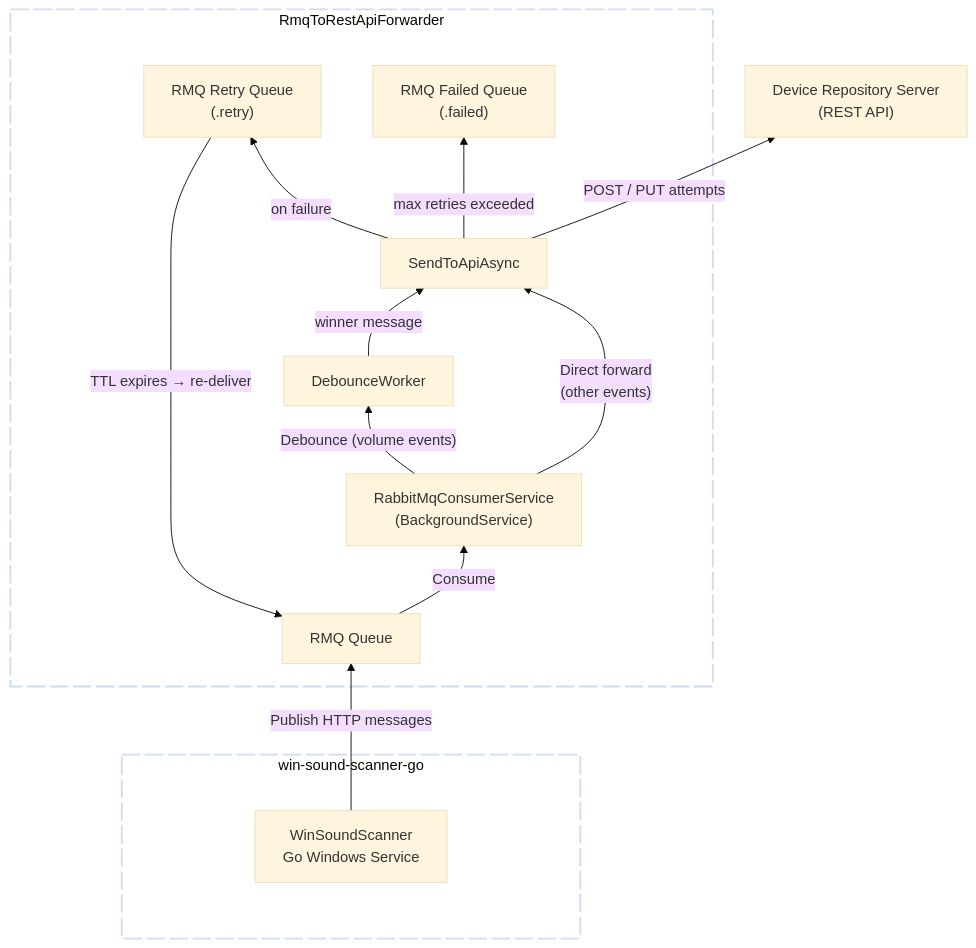
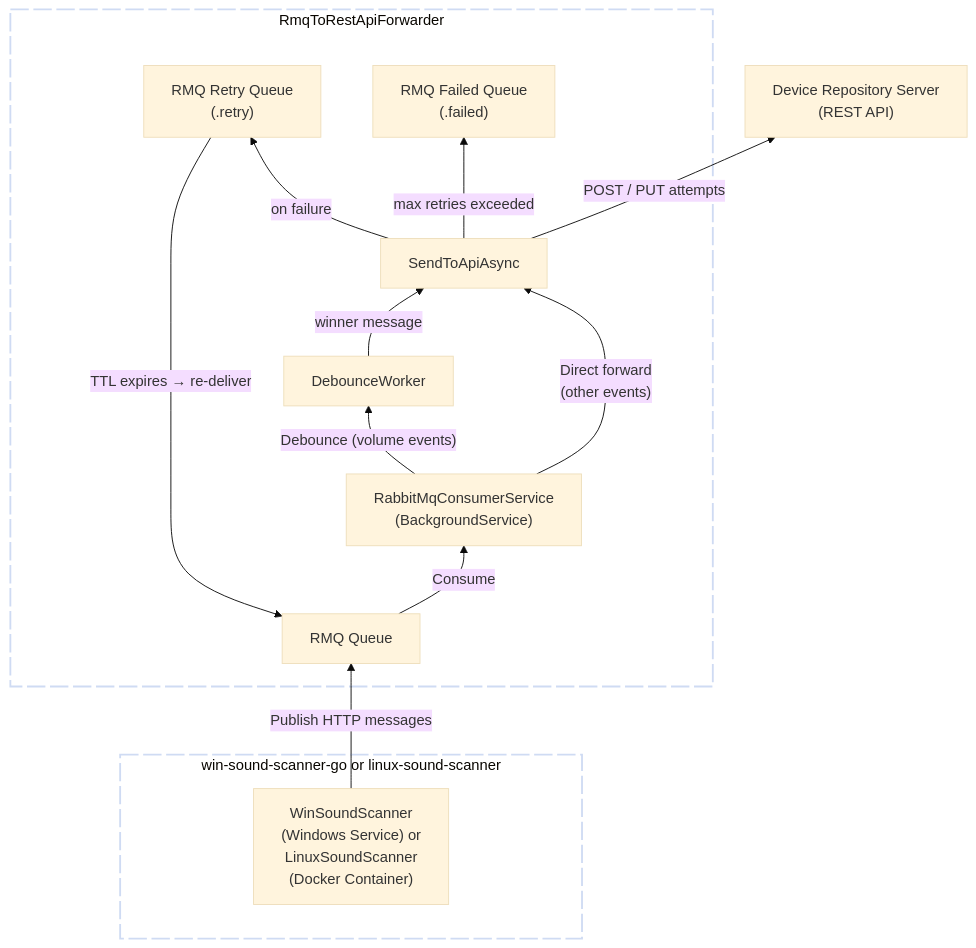
The second of 2 diagrams in README.md (collect-sound-devices/rmq-to-rest-api-forwarder), drawn with Mermaid (base theme) before and after one commit.

Commit message:
Update scanner service description in README

````diff
--- a/README.md
+++ b/README.md
@@ -72,46 +72,46 @@
 ```mermaid
 flowchart BT
 
 classDef invisibleNode fill:transparent,stroke:transparent;
 classDef dottedBox fill:transparent,fill-opacity:0.55, stroke-dasharray:20 5,stroke-width:2px;
 
-subgraph scannerService["win-sound-scanner-go"]
+subgraph scannerService["win-sound-scanner-go or linux-sound-scanner"]
     invisible1["<br><br><br><br><br>"]
     class invisible1 invisibleNode
-    A["WinSoundScanner<br>Go Windows Service"]
+    A["WinSoundScanner<br>(Windows Service) or<br>LinuxSoundScanner<br>(Docker Container)"]
     invisible2["<br><br><br><br><br>"]
     class invisible2 invisibleNode
 end
 class scannerService dottedBox
 
 
 subgraph forwarder["RmqToRestApiForwarder"]
     invisible3["<br><br><br><br><br>"]
     class invisible3 invisibleNode
     B["RMQ Queue"]
     C["RabbitMqConsumerService<br>(BackgroundService)"]
     D["DebounceWorker"]
     E["SendToApiAsync"]
     G["RMQ Retry Queue<br>(.retry)"]
     H["RMQ Failed Queue<br>(.failed)"]
 
     invisible4["<br><br><br><br><br>"]
     class invisible4 invisibleNode
 end
 class forwarder dottedBox
 
 
 deviceRepositoryApi["Device Repository Server<br>(REST API)"]
 
     A -->|"Publish HTTP messages"| B
     B -->|"Consume"| C
     C -->|"Debounce (volume events)"| D
     C -->|"Direct forward<br>(other events)"| E
     D -->|"winner message"| E
     E -->|"POST / PUT attempts"| deviceRepositoryApi
 
 
     E -->|"on failure"| G
     G -->|"TTL expires → re-deliver"| B
     E -->|"max retries exceeded"| H
 ```
````
